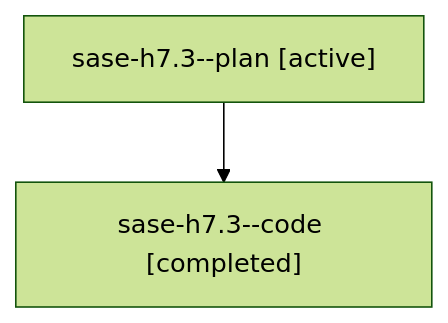
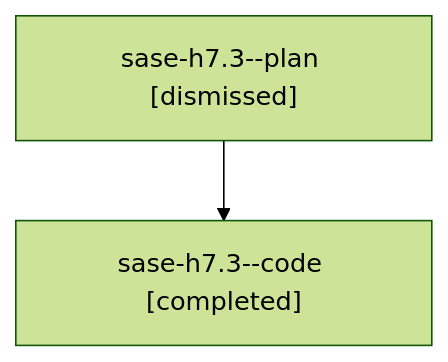
One commit to sase-org/sase--agents changed the diagram in sessions/bbugyi200.athena.sase-h7.3.md. Above: the diagram before and after it, drawn with Mermaid (forest theme). The commit also changed other lines of this file and 100 other files, not shown here.

````diff
--- a/sessions/bbugyi200.athena.sase-h7.3.md
+++ b/sessions/bbugyi200.athena.sase-h7.3.md
@@ -9,6 +9,6 @@
 ```mermaid
 flowchart TD
-  n0["sase-h7.3--plan [active]"]
+  n0["sase-h7.3--plan [dismissed]"]
   n1["sase-h7.3--code [completed]"]
   n0 --> n1
 ```
````
